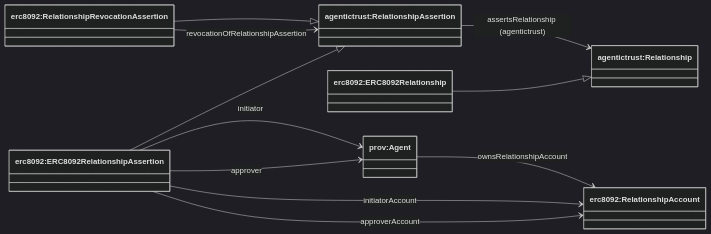
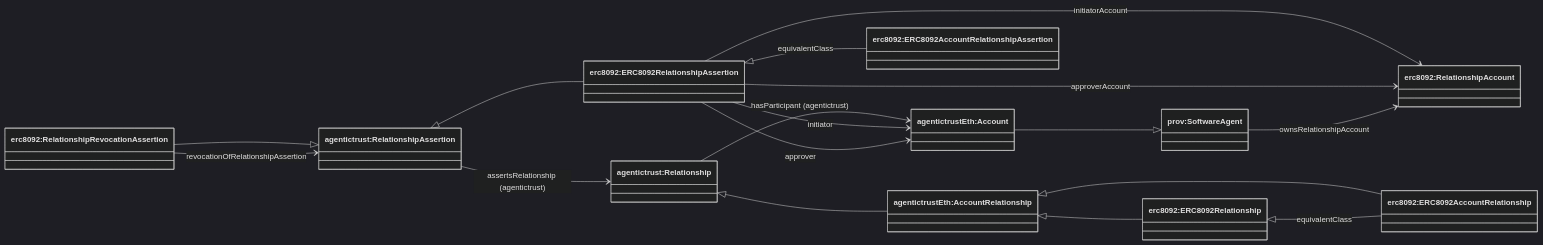
Before and after one commit to Agentic-Trust-Layer/agent-explorer: the diagram in docs/ontology/erc8092.md, drawn with Mermaid (dark theme). The commit also changed other lines of this file and 8 other files, not shown here.

````diff
--- a/docs/ontology/erc8092.md
+++ b/docs/ontology/erc8092.md
@@ -25,25 +33,35 @@
 ```mermaid
 classDiagram
 direction LR
 
 class Relationship["agentictrust:Relationship"]
+class AccountRelationship["agentictrustEth:AccountRelationship"]
 class RelationshipAssertion["agentictrust:RelationshipAssertion"]
 class ERC8092Relationship["erc8092:ERC8092Relationship"]
+class ERC8092AccountRelationship["erc8092:ERC8092AccountRelationship"]
 class ERC8092RelationshipAssertion["erc8092:ERC8092RelationshipAssertion"]
+class ERC8092AccountRelationshipAssertion["erc8092:ERC8092AccountRelationshipAssertion"]
 class RelationshipAccount["erc8092:RelationshipAccount"]
 class RelationshipRevocationAssertion["erc8092:RelationshipRevocationAssertion"]
-class provAgent["prov:Agent"]
+class Account["agentictrustEth:Account"]
+class provSoftwareAgent["prov:SoftwareAgent"]
 
-ERC8092Relationship --|> Relationship
-ERC8092RelationshipAssertion --|> RelationshipAssertion
+Relationship <|-- AccountRelationship
+AccountRelationship <|-- ERC8092Relationship
+AccountRelationship <|-- ERC8092AccountRelationship
+ERC8092Relationship <|-- ERC8092AccountRelationship : equivalentClass
+ERC8092RelationshipAssertion <|-- ERC8092AccountRelationshipAssertion : equivalentClass
+RelationshipAssertion <|-- ERC8092RelationshipAssertion
 RelationshipRevocationAssertion --|> RelationshipAssertion
+Account --|> provSoftwareAgent
 
 RelationshipAssertion --> Relationship : assertsRelationship (agentictrust)
+Relationship --> Account : hasParticipant (agentictrust)
 
-ERC8092RelationshipAssertion --> provAgent : initiator
-ERC8092RelationshipAssertion --> provAgent : approver
+ERC8092RelationshipAssertion --> Account : initiator
+ERC8092RelationshipAssertion --> Account : approver
 ERC8092RelationshipAssertion --> RelationshipAccount : initiatorAccount
 ERC8092RelationshipAssertion --> RelationshipAccount : approverAccount
-provAgent --> RelationshipAccount : ownsRelationshipAccount
+provSoftwareAgent --> RelationshipAccount : ownsRelationshipAccount
 RelationshipRevocationAssertion --> RelationshipAssertion : revocationOfRelationshipAssertion
 ```
````
